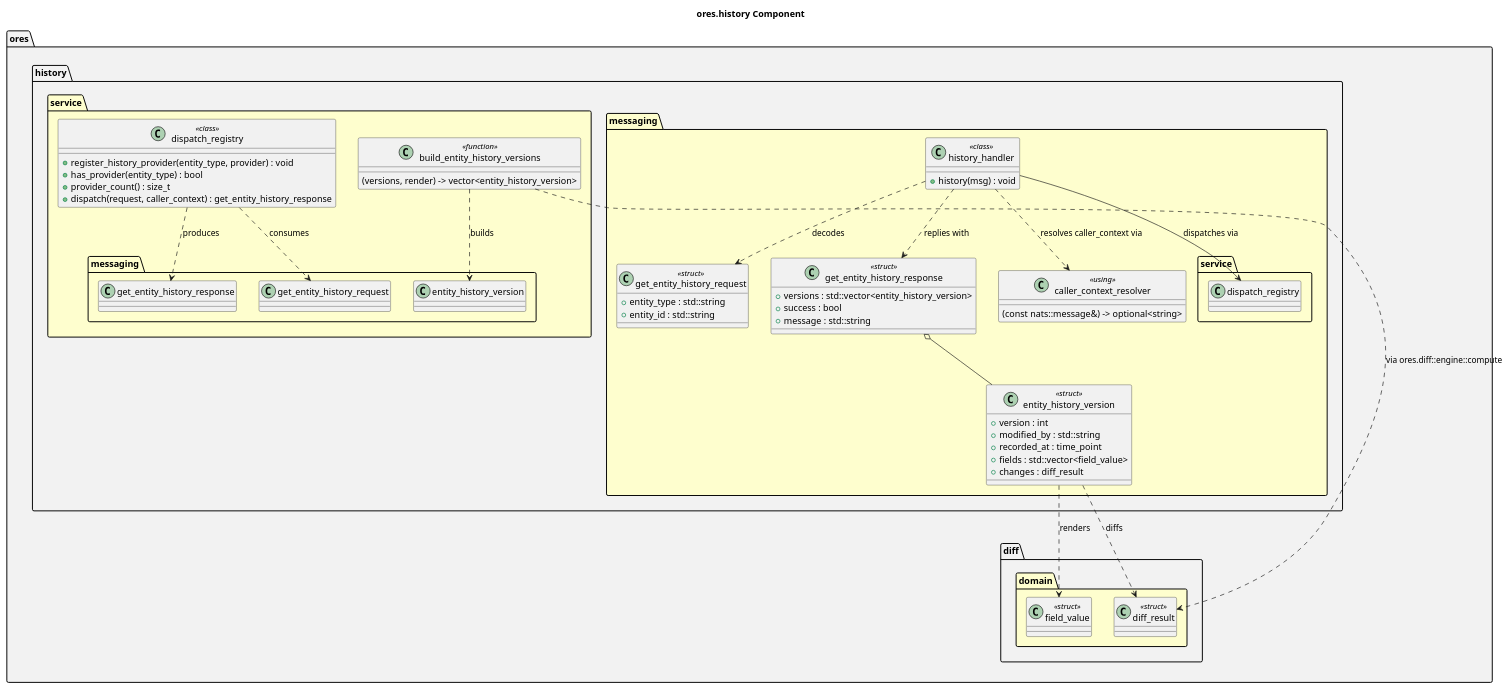
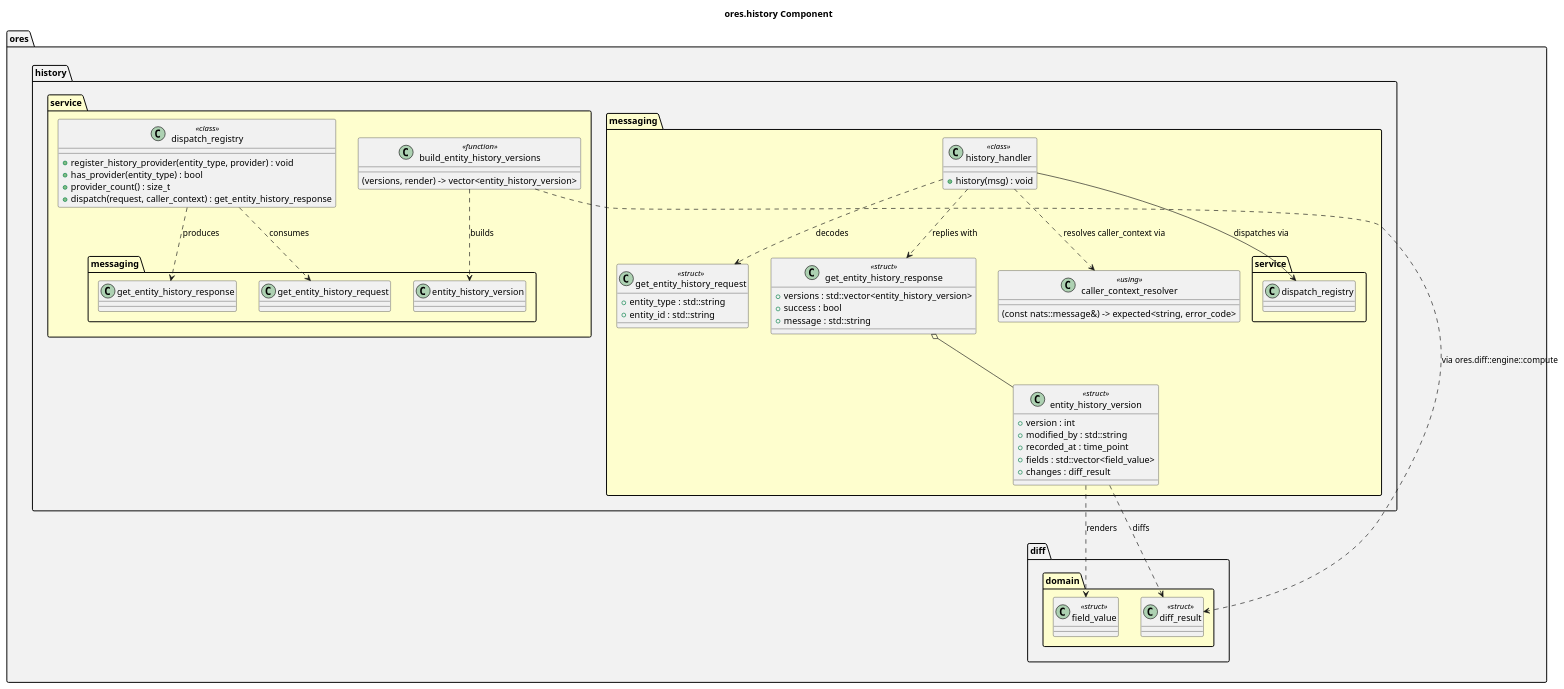
One commit to OreStudio/OreStudio changed the diagram in projects/ores.history/modeling/ores.history.puml. Above: the diagram before and after it, drawn with PlantUML. The commit also changed 3 other files, not shown here.

```diff
--- a/projects/ores.history/modeling/ores.history.puml
+++ b/projects/ores.history/modeling/ores.history.puml
@@ -18,76 +18,76 @@
 @startuml
 
 title ores.history Component
 
 set namespaceSeparator ::
 
 namespace ores #F2F2F2 {
     namespace diff #F2F2F2 {
         namespace domain #FEFECE {
             class field_value <<struct>>
             class diff_result <<struct>>
         }
     }
     namespace history #F2F2F2 {
         namespace messaging #FEFECE {
             class get_entity_history_request <<struct>> {
                 +entity_type : std::string
                 +entity_id : std::string
             }
             class get_entity_history_response <<struct>> {
                 +versions : std::vector<entity_history_version>
                 +success : bool
                 +message : std::string
             }
             class entity_history_version <<struct>> {
                 +version : int
                 +modified_by : std::string
                 +recorded_at : time_point
                 +fields : std::vector<field_value>
                 +changes : diff_result
             }
             get_entity_history_response o-- entity_history_version
             entity_history_version ..> ores::diff::domain::field_value : renders
             entity_history_version ..> ores::diff::domain::diff_result : diffs
 
             class history_handler <<class>> {
                 +history(msg) : void
             }
             history_handler --> service::dispatch_registry : dispatches via
             history_handler ..> get_entity_history_request : decodes
             history_handler ..> get_entity_history_response : replies with
             history_handler ..> caller_context_resolver : resolves caller_context via
 
             class caller_context_resolver <<using>> {
-                (const nats::message&) -> optional<string>
+                (const nats::message&) -> expected<string, error_code>
             }
         }
         namespace service #FEFECE {
             class dispatch_registry <<class>> {
                 +register_history_provider(entity_type, provider) : void
                 +has_provider(entity_type) : bool
                 +provider_count() : size_t
                 +dispatch(request, caller_context) : get_entity_history_response
             }
             dispatch_registry ..> messaging::get_entity_history_request : consumes
             dispatch_registry ..> messaging::get_entity_history_response : produces
 
             class build_entity_history_versions <<function>> {
                 (versions, render) -> vector<entity_history_version>
             }
             build_entity_history_versions ..> messaging::entity_history_version : builds
             build_entity_history_versions ..> ores::diff::domain::diff_result : via ores.diff::engine::compute
         }
     }
 }
 
 note right of ores::history::messaging::history_handler
   register_history_handlers(nats, registry, queue_group, resolve_context)
   subscribes the single history.v1.get subject to a
   history_handler backed by the caller-owned registry.
   caller_context is opaque to ores.history: the resolver
   and each history_provider agree on its shape privately
   (typically tenant_id, optionally party_id/actor).
 end note
 
 @enduml
```
